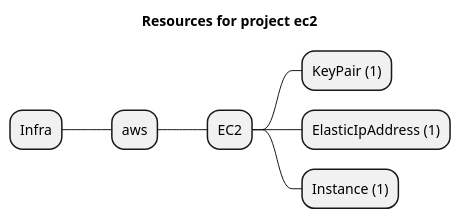
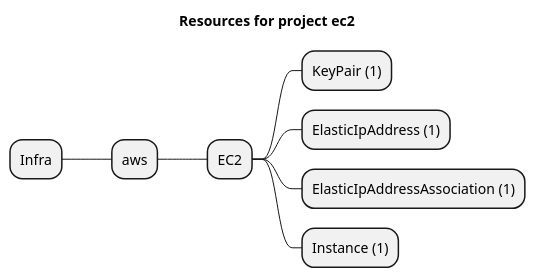
Before and after one commit to grucloud/grucloud: the diagram in examples/aws/EC2/ec2/artifacts/resources-mindmap.puml, drawn with PlantUML. The commit also changed 32 other files, not shown here.

Commit message:
ElasticIpAddressAssociation

```diff
--- a/examples/aws/EC2/ec2/artifacts/resources-mindmap.puml
+++ b/examples/aws/EC2/ec2/artifacts/resources-mindmap.puml
@@ -1,10 +1,11 @@
 @startmindmap
 title Resources for project ec2
 skinparam monochrome true
 + Infra
 ++ aws
 +++ EC2
 ++++ KeyPair (1)
 ++++ ElasticIpAddress (1)
+++++ ElasticIpAddressAssociation (1)
 ++++ Instance (1)
 @endmindmap
```
